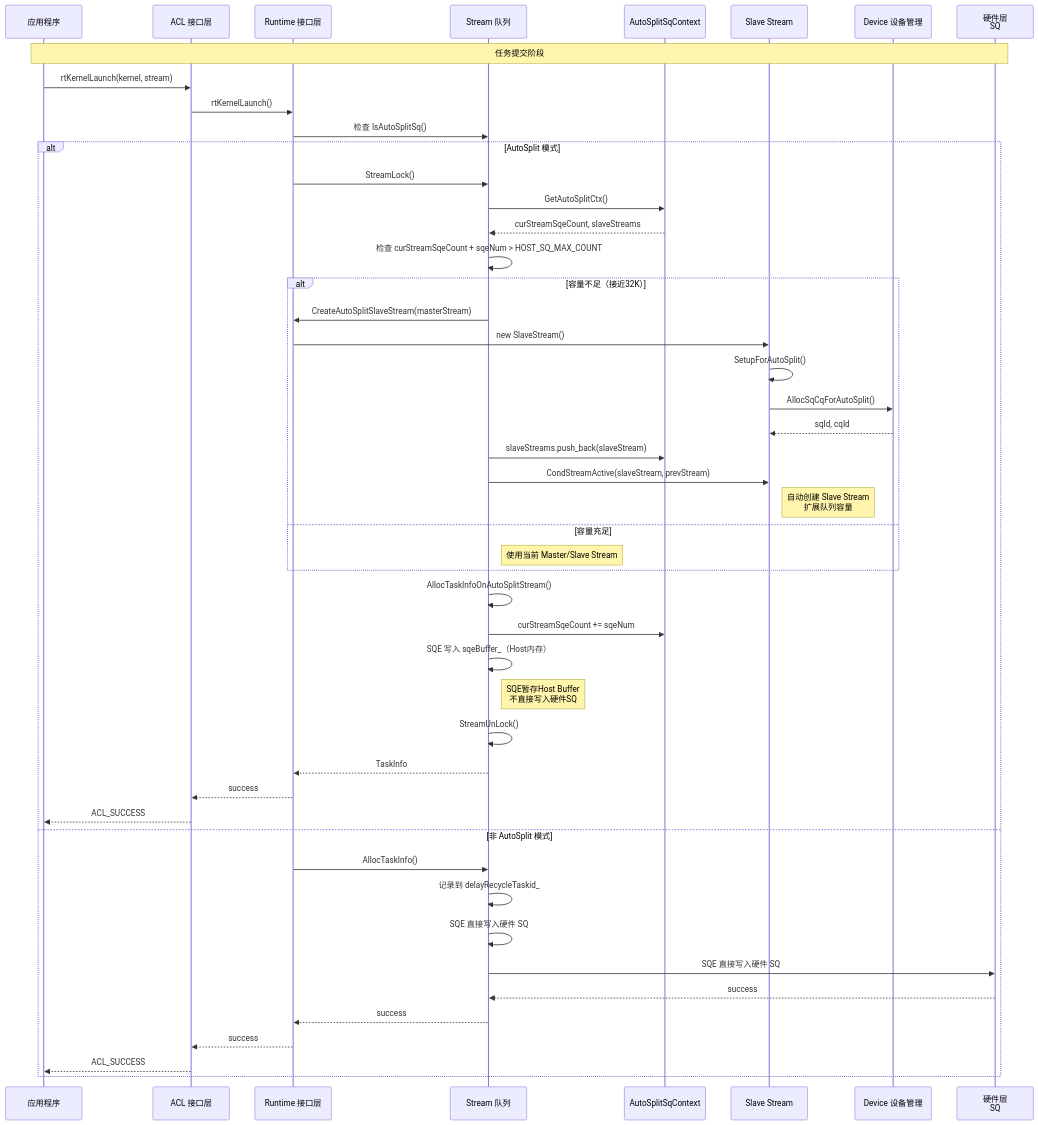
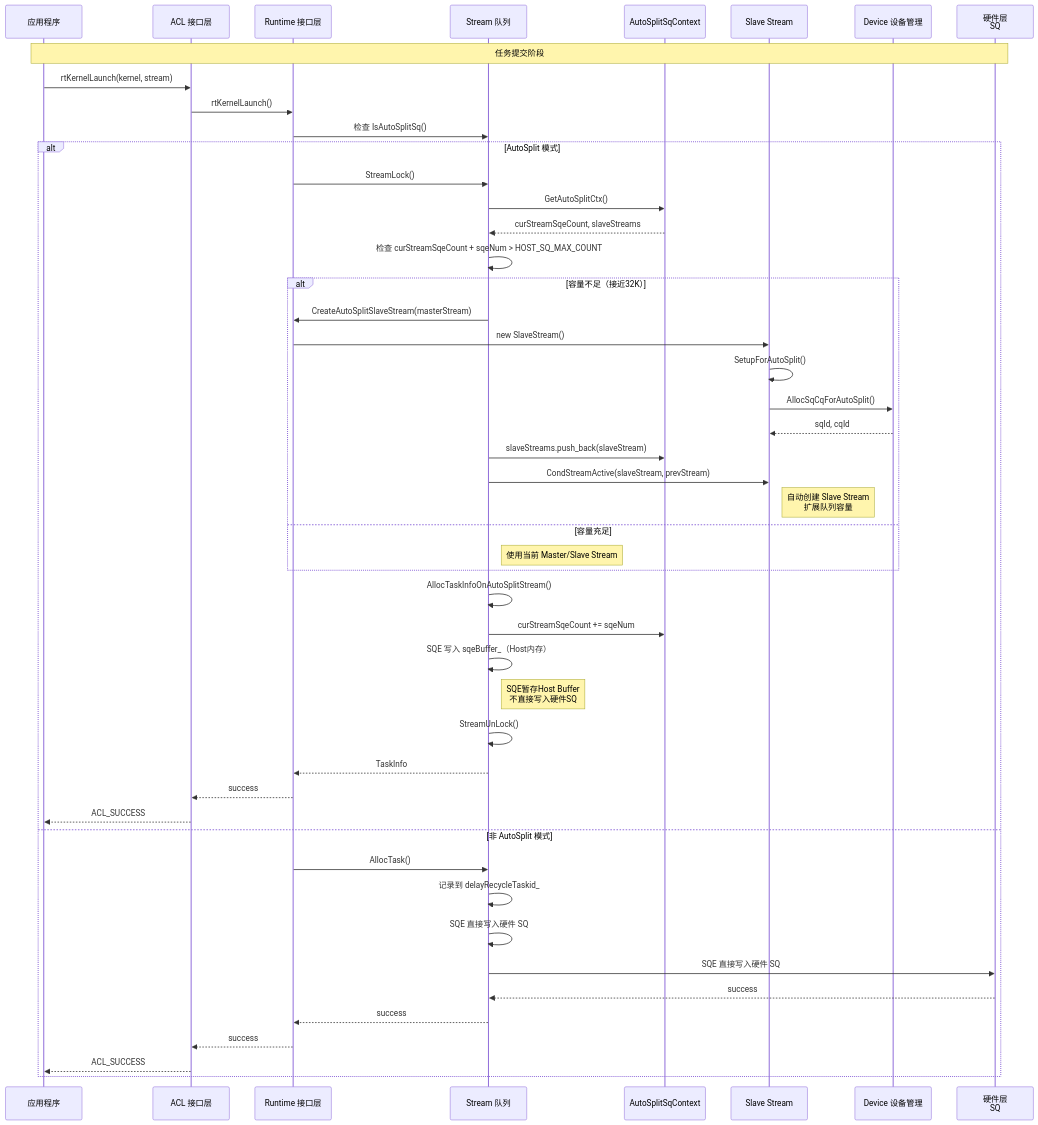
Before and after one commit to hicann/runtime: the fourth of 21 diagrams in docs/zh/design/modules/model/model.md, drawn with Mermaid. The commit also changed other lines of this file and 6 other files, not shown here.

````diff
--- a/docs/zh/design/modules/model/model.md
+++ b/docs/zh/design/modules/model/model.md
@@ -241,57 +241,57 @@
 ```mermaid
 sequenceDiagram
     participant App as 应用程序
     participant ACL as ACL 接口层
     participant RT as Runtime 接口层
     participant Stream as Stream 队列
     participant AutoSplitCtx as AutoSplitSqContext
     participant SlaveStream as Slave Stream
     participant Device as Device 设备管理
     participant HW as 硬件层<br/>SQ
 
     Note over App,HW: 任务提交阶段
     App->>ACL: rtKernelLaunch(kernel, stream)
     ACL->>RT: rtKernelLaunch()
     RT->>Stream: 检查 IsAutoSplitSq()
     
     %% AutoSplit 路径
     alt AutoSplit 模式
         RT->>Stream: StreamLock()
         Stream->>AutoSplitCtx: GetAutoSplitCtx()
         AutoSplitCtx-->>Stream: curStreamSqeCount, slaveStreams
         
         %% 检查容量是否需要创建 Slave Stream
         Stream->>Stream: 检查 curStreamSqeCount + sqeNum > HOST_SQ_MAX_COUNT
         alt 容量不足（接近32K）
             Stream->>RT: CreateAutoSplitSlaveStream(masterStream)
             RT->>SlaveStream: new SlaveStream()
             SlaveStream->>SlaveStream: SetupForAutoSplit()
             SlaveStream->>Device: AllocSqCqForAutoSplit()
             Device-->>SlaveStream: sqId, cqId
             Stream->>AutoSplitCtx: slaveStreams.push_back(slaveStream)
             Stream->>SlaveStream: CondStreamActive(slaveStream, prevStream)
             Note right of SlaveStream: 自动创建 Slave Stream<br/>扩展队列容量
         else 容量充足
             Note right of Stream: 使用当前 Master/Slave Stream
         end
         
         %% 分配任务并写入 Host Buffer
         Stream->>Stream: AllocTaskInfoOnAutoSplitStream()
         Stream->>AutoSplitCtx: curStreamSqeCount += sqeNum
         Stream->>Stream: SQE 写入 sqeBuffer_（Host内存）
         Note right of Stream: SQE暂存Host Buffer<br/>不直接写入硬件SQ
         Stream->>Stream: StreamUnLock()
         Stream-->>RT: TaskInfo
         RT-->>ACL: success
         ACL-->>App: ACL_SUCCESS
     else 非 AutoSplit 模式
-        RT->>Stream: AllocTaskInfo()
+        RT->>Stream: AllocTask()
         Stream->>Stream: 记录到 delayRecycleTaskid_
         Stream->>Stream: SQE 直接写入硬件 SQ
         Stream->>HW: SQE 直接写入硬件 SQ
         HW-->>Stream : success
         Stream-->>RT: success
         RT-->>ACL: success
         ACL-->>App: ACL_SUCCESS
     end
 ```
````
